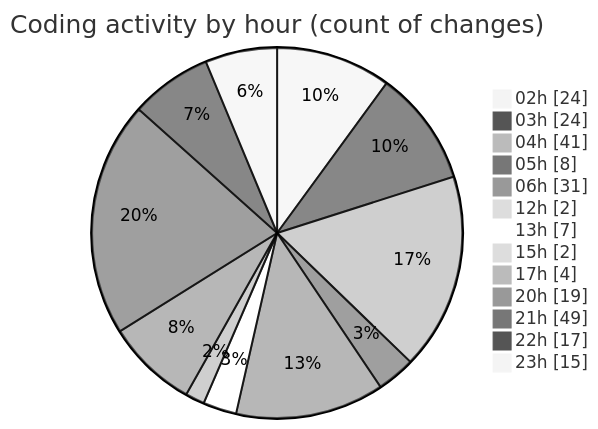
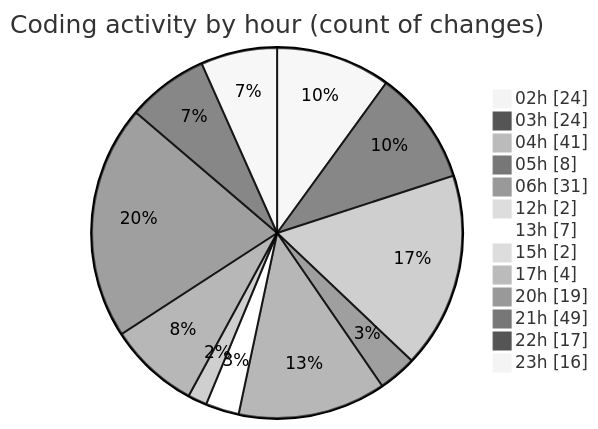
One commit to lephambinh05/code-tracking changed the second of 2 diagrams in 2025-07-23/quanlyrapchieuphim/README.md. Above: the diagram before and after it, drawn with Mermaid (neutral theme). The commit also changed other lines of this file and 1 other file, not shown here.

````diff
--- a/2025-07-23/quanlyrapchieuphim/README.md
+++ b/2025-07-23/quanlyrapchieuphim/README.md
@@ -46,17 +46,17 @@
 ```mermaid
 pie showData
 title Coding activity by hour (count of changes)
 "02h" : 24
 "03h" : 24
 "04h" : 41
 "05h" : 8
 "06h" : 31
 "12h" : 2
 "13h" : 7
 "15h" : 2
 "17h" : 4
 "20h" : 19
 "21h" : 49
 "22h" : 17
-"23h" : 15
+"23h" : 16
 ```
````
